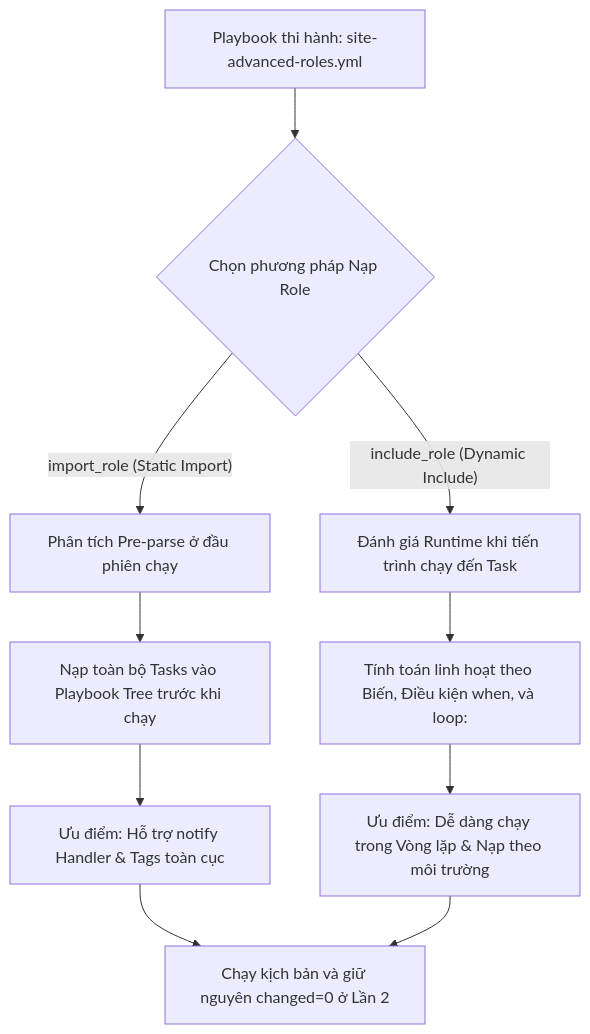
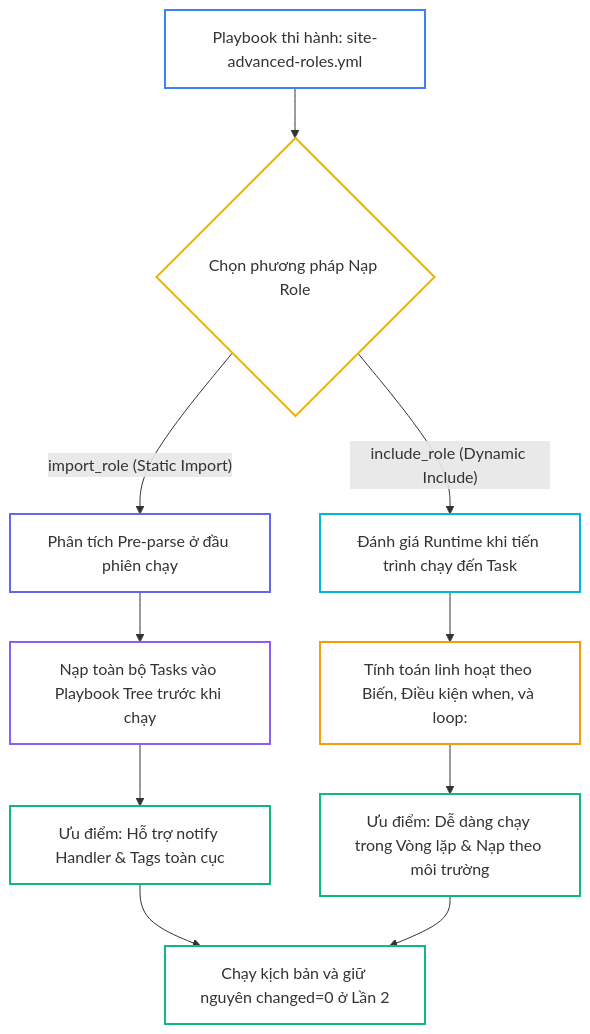
One commit to kiennt308/ntk changed the first of 3 diagrams in _posts/2026-09-13-ansible-15-15-roles-advanced.md. Above: the diagram before and after it, drawn with Mermaid. The commit also changed other lines of this file and 30 other files, not shown here.

````diff
--- a/_posts/2026-09-13-ansible-15-15-roles-advanced.md
+++ b/_posts/2026-09-13-ansible-15-15-roles-advanced.md
@@ -82,15 +82,25 @@
 ```mermaid
 graph TD
     A["Playbook thi hành: site-advanced-roles.yml"] --> B{"Chọn phương pháp Nạp Role"}
     
-    B -- "import_role (Static Import)" --> C["Phân tích Pre-parse ở đầu phiên chạy"]
+    B -->|"import_role (Static Import)"| C["Phân tích Pre-parse ở đầu phiên chạy"]
     C --> D["Nạp toàn bộ Tasks vào Playbook Tree trước khi chạy"]
     D --> E["Ưu điểm: Hỗ trợ notify Handler & Tags toàn cục"]
     
-    B -- "include_role (Dynamic Include)" --> F["Đánh giá Runtime khi tiến trình chạy đến Task"]
+    B -->|"include_role (Dynamic Include)"| F["Đánh giá Runtime khi tiến trình chạy đến Task"]
     F --> G["Tính toán linh hoạt theo Biến, Điều kiện when, và loop:"]
     G --> H["Ưu điểm: Dễ dàng chạy trong Vòng lặp & Nạp theo môi trường"]
     
     E --> I["Chạy kịch bản và giữ nguyên changed=0 ở Lần 2"]
     H --> I
+
+    style A fill:none,stroke:#3b82f6,stroke-width:2px
+    style B fill:none,stroke:#eab308,stroke-width:2px
+    style C fill:none,stroke:#6366f1,stroke-width:2px
+    style D fill:none,stroke:#8b5cf6,stroke-width:2px
+    style E fill:none,stroke:#10b981,stroke-width:2px
+    style F fill:none,stroke:#06b6d4,stroke-width:2px
+    style G fill:none,stroke:#f59e0b,stroke-width:2px
+    style H fill:none,stroke:#10b981,stroke-width:2px
+    style I fill:none,stroke:#10b981,stroke-width:2px
 ```
````
